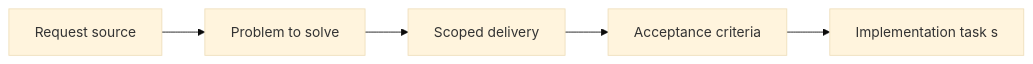
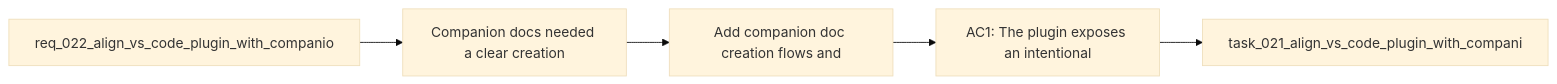
Before and after one commit to AlexAgo83/logics-manager: the diagram in logics/backlog/item_027_add_companion_doc_creation_flows_and_regression_coverage_in_plugin.md, drawn with Mermaid (base theme). The commit also changed 481 other files, not shown here.

````diff
--- a/logics/backlog/item_027_add_companion_doc_creation_flows_and_regression_coverage_in_plugin.md
+++ b/logics/backlog/item_027_add_companion_doc_creation_flows_and_regression_coverage_in_plugin.md
@@ -23,8 +23,9 @@
 ```mermaid
+%% logics-kind: backlog
 %% logics-signature: backlog|add-companion-doc-creation-flows-and-reg|req-022-align-vs-code-plugin-with-compan|companion-docs-needed-a-clear-creation|ac1-the-plugin-exposes-an-intentional
 flowchart LR
-    Req[Request source] --> Problem[Problem to solve]
-    Problem --> Scope[Scoped delivery]
-    Scope --> AC[Acceptance criteria]
-    AC --> Tasks[Implementation task s]
+    Request[req_022_align_vs_code_plugin_with_companio] --> Problem[Companion docs needed a clear creation]
+    Problem --> Scope[Add companion doc creation flows and]
+    Scope --> Acceptance[AC1: The plugin exposes an intentional]
+    Acceptance --> Tasks[task_021_align_vs_code_plugin_with_compani]
 ```
````
